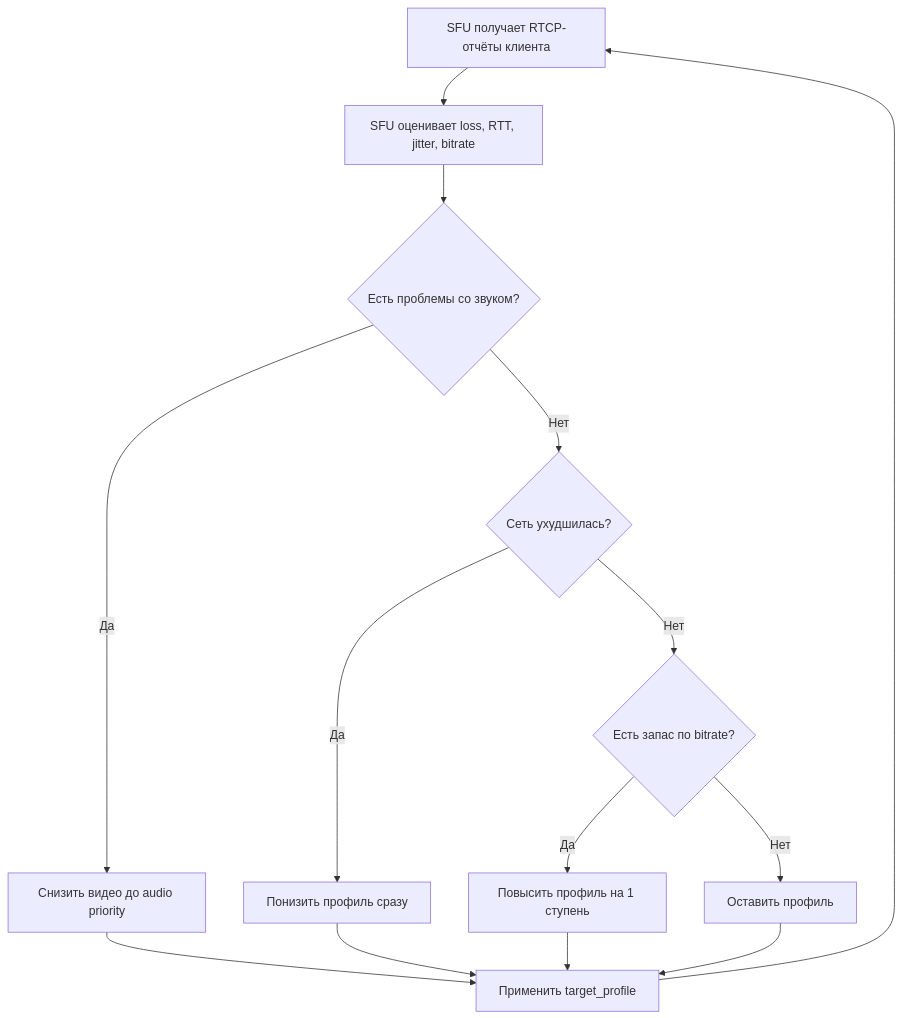
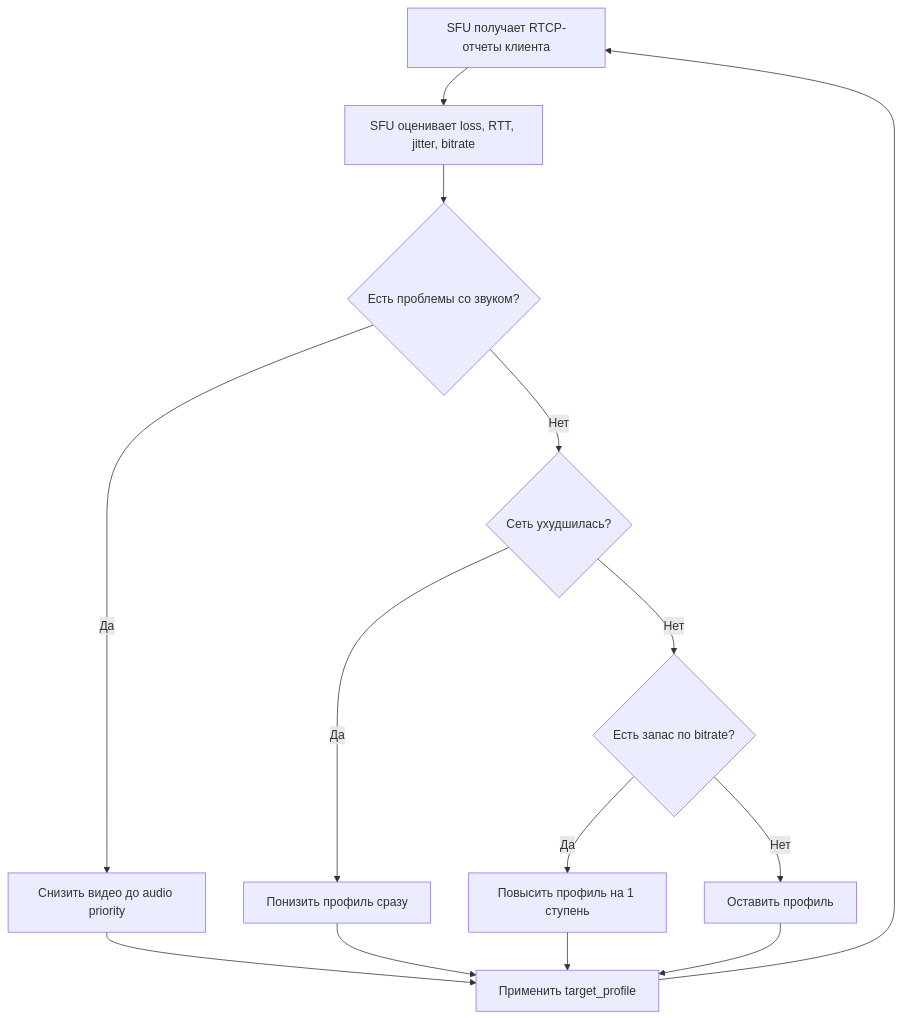
One commit to Danykrane/system_design changed the seventh of 8 diagrams in README.md. Above: the diagram before and after it, drawn with Mermaid. The commit also changed other lines of this file, not shown here.

````diff
--- a/README.md
+++ b/README.md
@@ -1184,16 +922,16 @@
 ```mermaid
 flowchart TD
-    A[SFU получает RTCP-отчёты клиента] --> B[SFU оценивает loss, RTT, jitter, bitrate]
+    A[SFU получает RTCP-отчеты клиента] --> B[SFU оценивает loss, RTT, jitter, bitrate]
     B --> C{Есть проблемы со звуком?}
     C -- Да --> D[Снизить видео до audio priority]
     C -- Нет --> E{Сеть ухудшилась?}
     E -- Да --> F[Понизить профиль сразу]
     E -- Нет --> G{Есть запас по bitrate?}
     G -- Да --> H[Повысить профиль на 1 ступень]
     G -- Нет --> I[Оставить профиль]
     D --> J[Применить target_profile]
     F --> J
     H --> J
     I --> J
     J --> A
 ```
````
